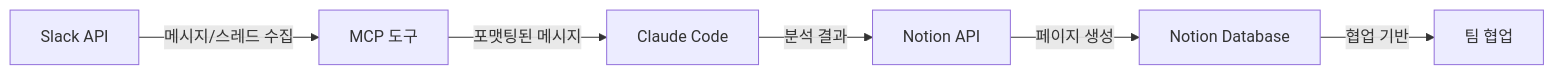
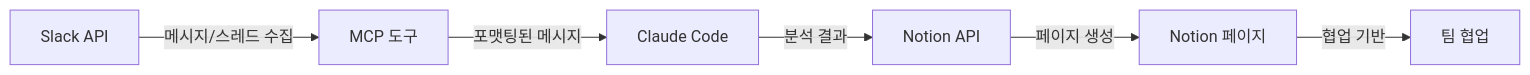
Before and after one commit to dykim-base-project/claude-slack-to-notion: the diagram in README.md, drawn with Mermaid. The commit also changed other lines of this file, not shown here.

````diff
--- a/README.md
+++ b/README.md
@@ -27,8 +27,8 @@
 ```mermaid
 graph LR
     A["Slack API"] -->|메시지/스레드 수집| B["MCP 도구"]
     B -->|포맷팅된 메시지| C["Claude Code"]
     C -->|분석 결과| D["Notion API"]
-    D -->|페이지 생성| E["Notion Database"]
+    D -->|페이지 생성| E["Notion 페이지"]
     E -->|협업 기반| F["팀 협업"]
 ```
````
